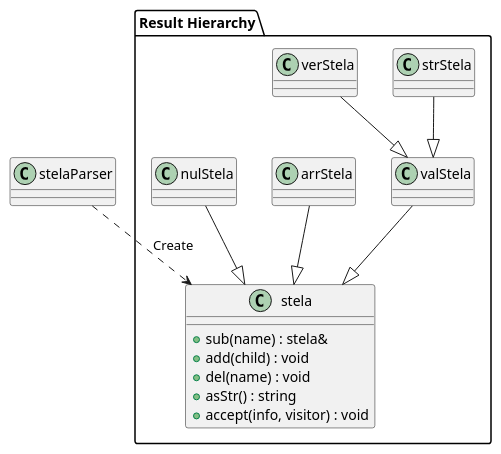
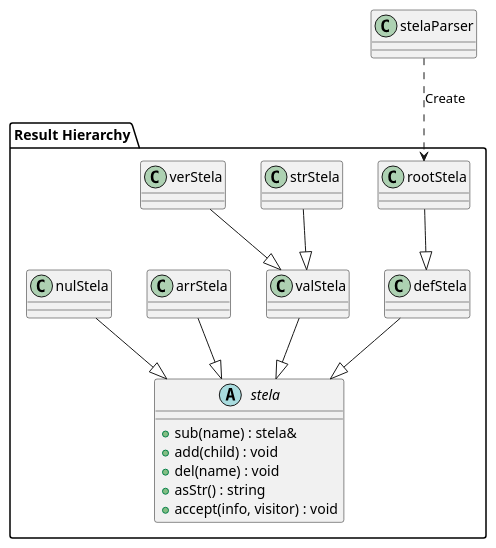
The second of 5 diagrams in doc/ref/ko/aj-architecture-stela.md (byeolang/byeol), drawn with PlantUML before and after one commit. The commit also changed other lines of this file, not shown here.

First line of the commit message:
doc(stela): rename the third version segment to patch

```diff
--- a/doc/ref/ko/aj-architecture-stela.md
+++ b/doc/ref/ko/aj-architecture-stela.md
@@ -148,26 +148,30 @@
 @startuml
 package "Result Hierarchy" {
-    class "stela" as stela {
+    abstract class "stela" as stela {
         + sub(name) : stela&
         + add(child) : void
         + del(name) : void
         + asStr() : string
         + accept(info, visitor) : void
     }
 
+    class "defStela" as defStela
+    class "rootStela" as rootStela
     class "valStela" as valStela
     class "strStela" as strStela
     class "verStela" as verStela
     class "arrStela" as arrStela
     class "nulStela" as nulStela
 }
 
-stelaParser ..> stela : Create
+stelaParser ..> rootStela : Create
 
+defStela --|> stela
 valStela --|> stela
 arrStela --|> stela
 nulStela --|> stela
+rootStela --|> defStela
 strStela --|> valStela
 verStela --|> valStela
 
 @enduml
```
